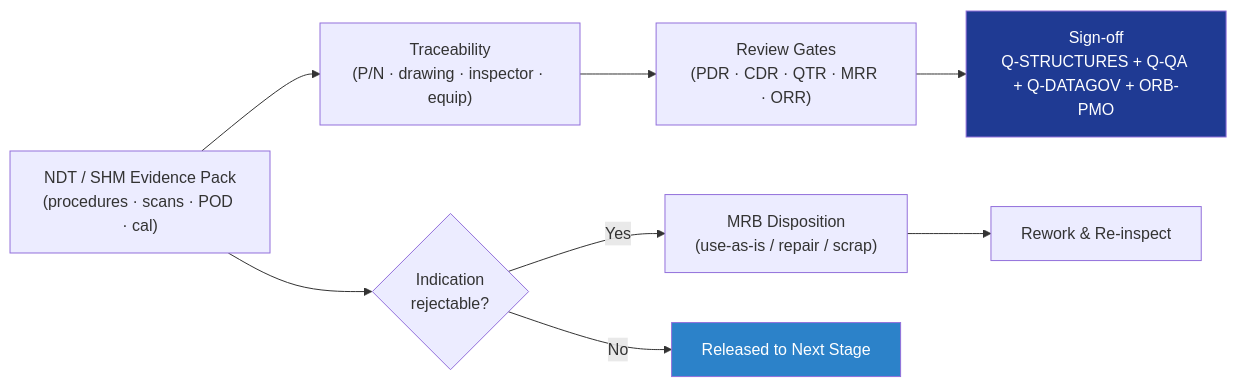
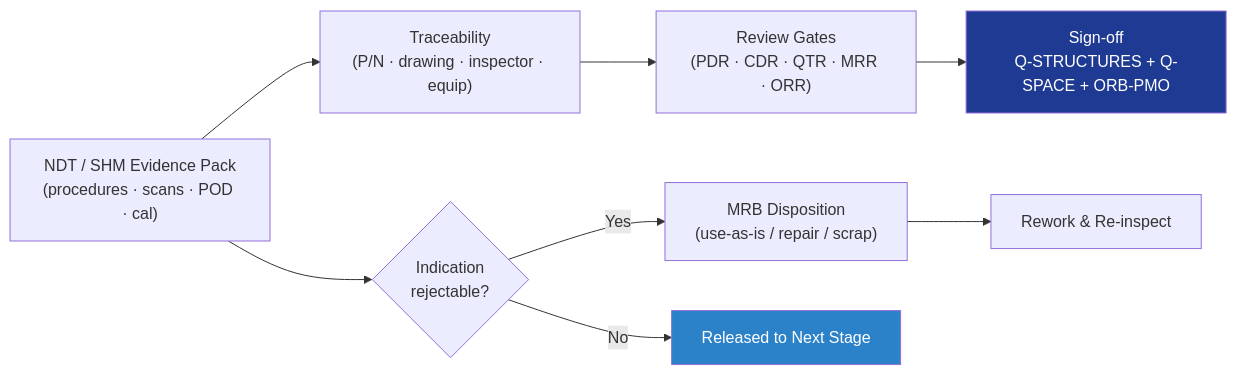
One commit to AmedeoPelliccia/DePutapapUE changed the diagram in Q+ATLANTIDE/100-199_STA/110-119_Estructuras-y-Materiales-Espaciales/116_Inspeccion-NDT-y-Salud-Estructural/116-090-Traceability-Evidence-and-Lifecycle-Governance.md. Above: the diagram before and after it, drawn with Mermaid. The commit also changed other lines of this file and 10 other files, not shown here.

Commit message:
fix(STA-116): replace non-existent Q-Divisions with valid ones (Q-STRUCTURES, Q-DATAGOV, Q-HORIZON, Q-HPC, Q-INDUSTRY)

````diff
--- a/Q+ATLANTIDE/100-199_STA/110-119_Estructuras-y-Materiales-Espaciales/116_Inspeccion-NDT-y-Salud-Estructural/116-090-Traceability-Evidence-and-Lifecycle-Governance.md
+++ b/Q+ATLANTIDE/100-199_STA/110-119_Estructuras-y-Materiales-Espaciales/116_Inspeccion-NDT-y-Salud-Estructural/116-090-Traceability-Evidence-and-Lifecycle-Governance.md
@@ -38,13 +38,13 @@
 ```mermaid
 flowchart LR
     EVID["NDT / SHM Evidence Pack\n(procedures · scans · POD · cal)"]
     EVID --> TRACE["Traceability\n(P/N · drawing · inspector · equip)"]
     TRACE --> GATE["Review Gates\n(PDR · CDR · QTR · MRR · ORR)"]
     EVID --> NCR{Indication\nrejectable?}
     NCR -->|Yes| MRB["MRB Disposition\n(use-as-is / repair / scrap)"]
     NCR -->|No| REL["Released to Next Stage"]
     MRB --> RWK["Rework & Re-inspect"]
-    GATE --> SIGN["Sign-off\nQ-STRUCTURES + Q-QA + Q-DATAGOV + ORB-PMO"]
+    GATE --> SIGN["Sign-off\nQ-STRUCTURES + Q-SPACE + ORB-PMO"]
     style SIGN fill:#1f3a93,color:#fff
     style REL fill:#2c82c9,color:#fff
 ```
````
